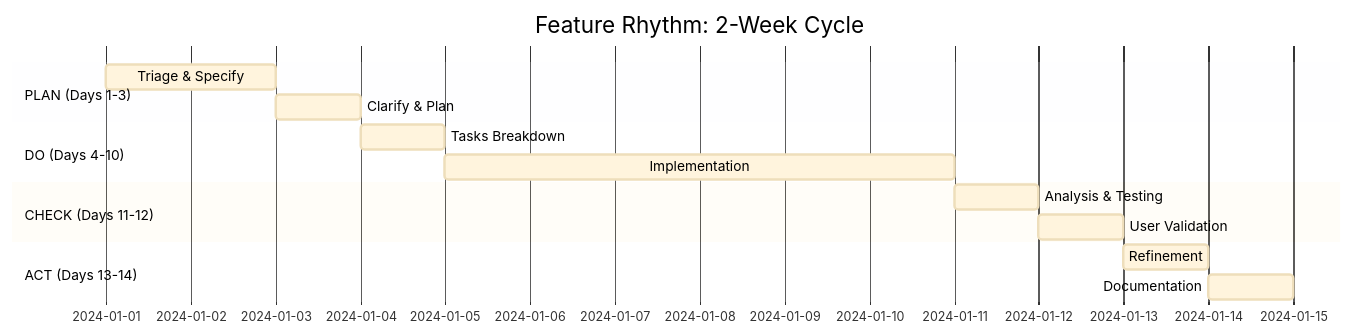
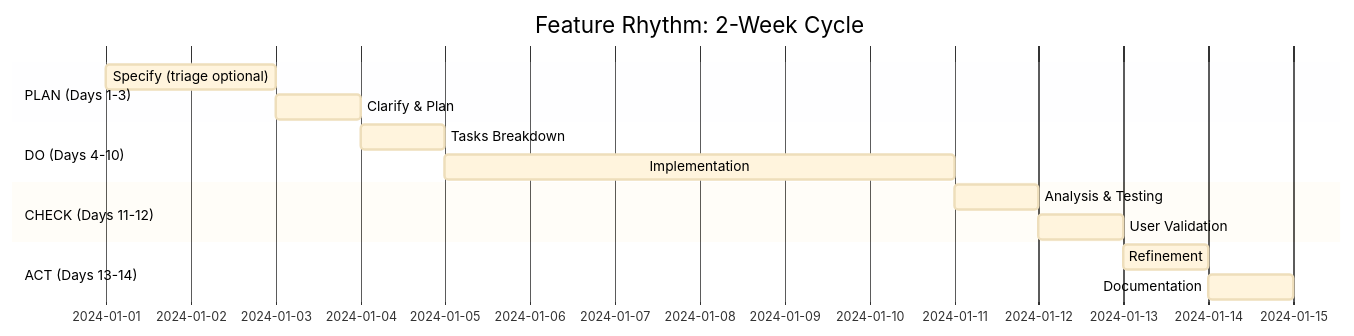
Before and after one commit to Trindade11/Spec-Orchestrator: the fourth of 8 diagrams in .specify/docs/project-rhythm.md, drawn with Mermaid. The commit also changed other lines of this file and 36 other files, not shown here.

````diff
--- a/.specify/docs/project-rhythm.md
+++ b/.specify/docs/project-rhythm.md
@@ -124,18 +124,18 @@
 ```mermaid
 %%{init: {'theme': 'base', 'themeVariables': { 'primaryTextColor': '#000', 'secondaryTextColor': '#000', 'tertiaryTextColor': '#000', 'lineColor': '#333'}}}%%
 gantt
     title Feature Rhythm: 2-Week Cycle
     dateFormat YYYY-MM-DD
     section PLAN (Days 1-3)
-    Triage & Specify      :f1, 2024-01-01, 2d
-    Clarify & Plan        :f2, after f1, 1d
+    Specify (triage optional) :f1, 2024-01-01, 2d
+    Clarify & Plan            :f2, after f1, 1d
     section DO (Days 4-10)
     Tasks Breakdown       :f3, after f2, 1d
     Implementation        :f4, after f3, 6d
     section CHECK (Days 11-12)
     Analysis & Testing    :f5, after f4, 1d
     User Validation       :f6, after f5, 1d
     section ACT (Days 13-14)
     Refinement            :f7, after f6, 1d
     Documentation         :f8, after f7, 1d
 ```
````
